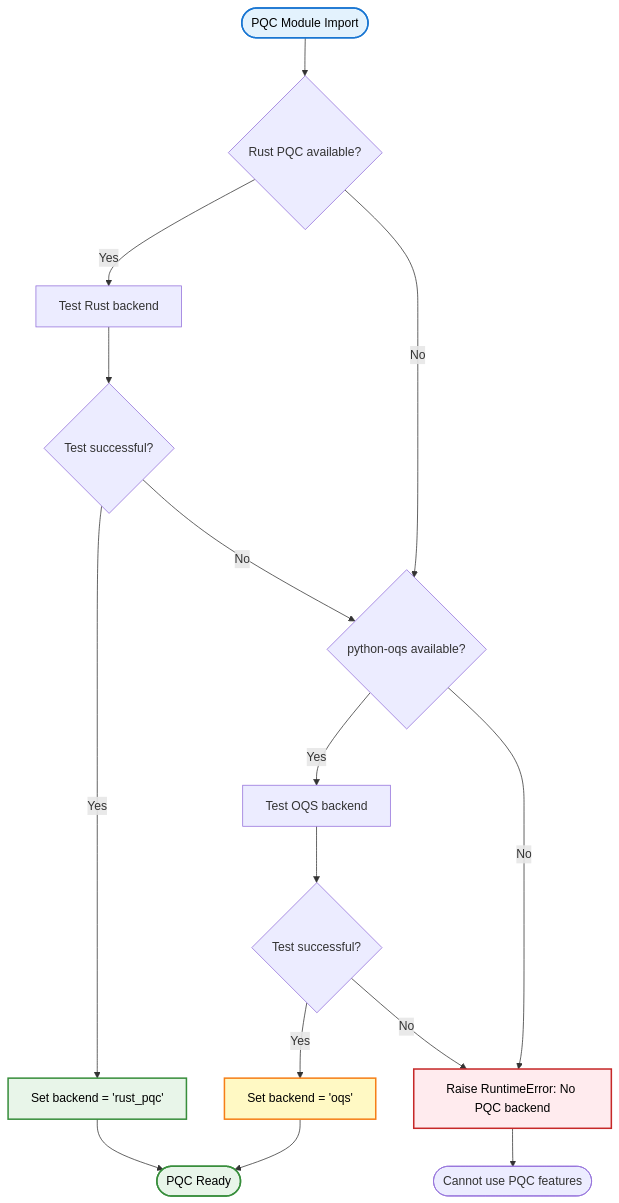
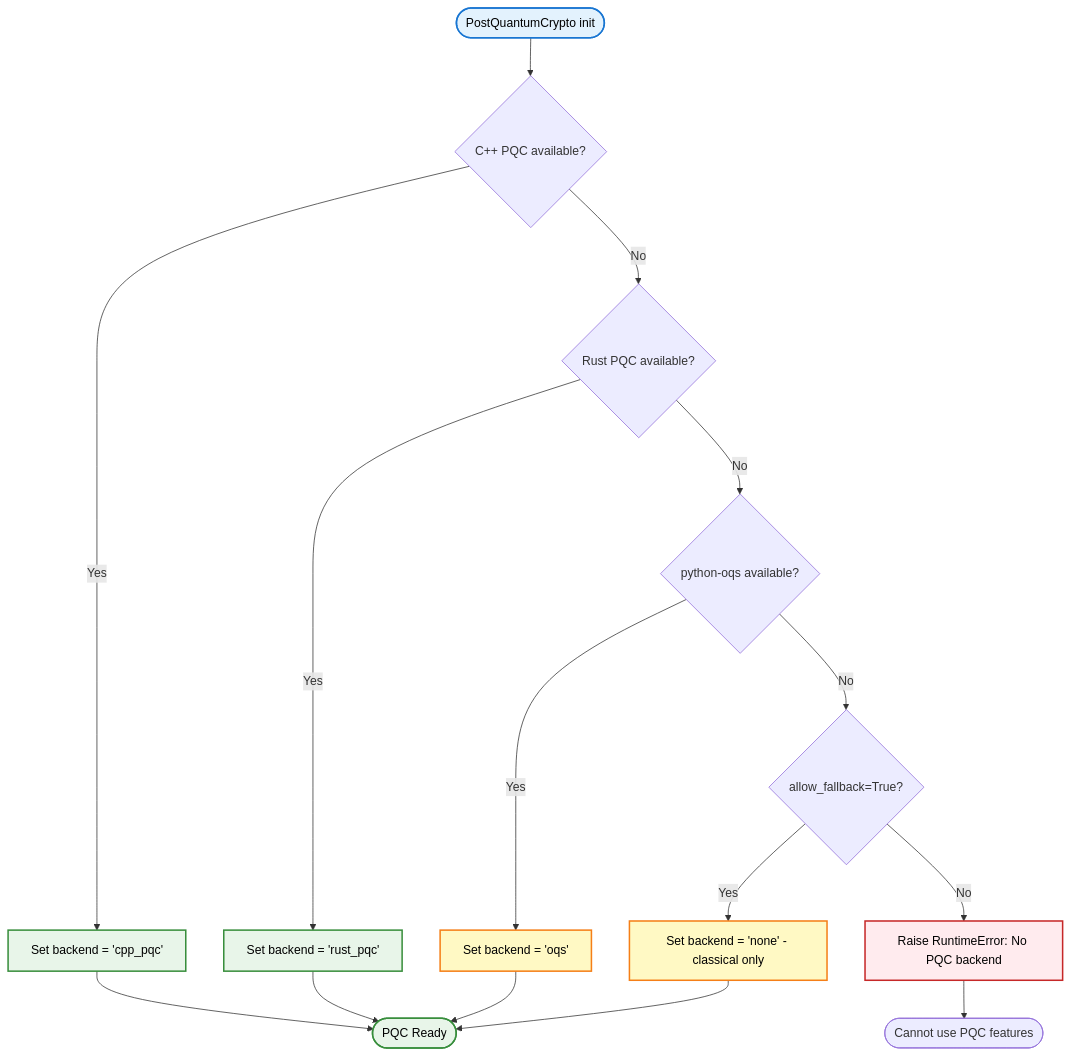
Before and after one commit to Johnsonajibi/PostQuantum-DualUSB-Token-Library: the eighth of 13 diagrams in README.md, drawn with Mermaid. The commit also changed other lines of this file and 17 other files, not shown here.

````diff
--- a/README.md
+++ b/README.md
@@ -485,27 +552,29 @@
 ```mermaid
 flowchart TD
-    Start([PQC Module Import]) --> CheckRust{Rust PQC available?}
-    CheckRust -->|Yes| TestRust[Test Rust backend]
+    Start([PostQuantumCrypto init]) --> CheckCPP{C++ PQC available?}
+    CheckCPP -->|Yes| UseCPP[Set backend = 'cpp_pqc']
+    CheckCPP -->|No| CheckRust{Rust PQC available?}
+
+    CheckRust -->|Yes| UseRust[Set backend = 'rust_pqc']
     CheckRust -->|No| CheckOQS{python-oqs available?}
-    
-    TestRust --> RustWorks{Test successful?}
-    RustWorks -->|Yes| UseRust[Set backend = 'rust_pqc']
-    RustWorks -->|No| CheckOQS
-    
-    CheckOQS -->|Yes| TestOQS[Test OQS backend]
-    CheckOQS -->|No| Error[Raise RuntimeError: No PQC backend]
-    
-    TestOQS --> OQSWorks{Test successful?}
-    OQSWorks -->|Yes| UseOQS[Set backend = 'oqs']
-    OQSWorks -->|No| Error
-    
-    UseRust --> Ready([PQC Ready])
+
+    CheckOQS -->|Yes| UseOQS[Set backend = 'oqs']
+    CheckOQS -->|No| CheckFallback{allow_fallback=True?}
+
+    CheckFallback -->|Yes| UseClassical[Set backend = 'none' - classical only]
+    CheckFallback -->|No| Error[Raise RuntimeError: No PQC backend]
+
+    UseCPP --> Ready([PQC Ready])
+    UseRust --> Ready
     UseOQS --> Ready
+    UseClassical --> Ready
     Error --> End([Cannot use PQC features])
-    
+
     style Start fill:#e3f2fd,stroke:#1976d2,stroke-width:2px,color:#000
     style Ready fill:#e8f5e9,stroke:#388e3c,stroke-width:2px,color:#000
+    style UseCPP fill:#e8f5e9,stroke:#388e3c,stroke-width:2px,color:#000
     style UseRust fill:#e8f5e9,stroke:#388e3c,stroke-width:2px,color:#000
     style UseOQS fill:#fff9c4,stroke:#f57f17,stroke-width:2px,color:#000
+    style UseClassical fill:#fff9c4,stroke:#f57f17,stroke-width:2px,color:#000
     style Error fill:#ffebee,stroke:#c62828,stroke-width:2px,color:#000
 ```
````
